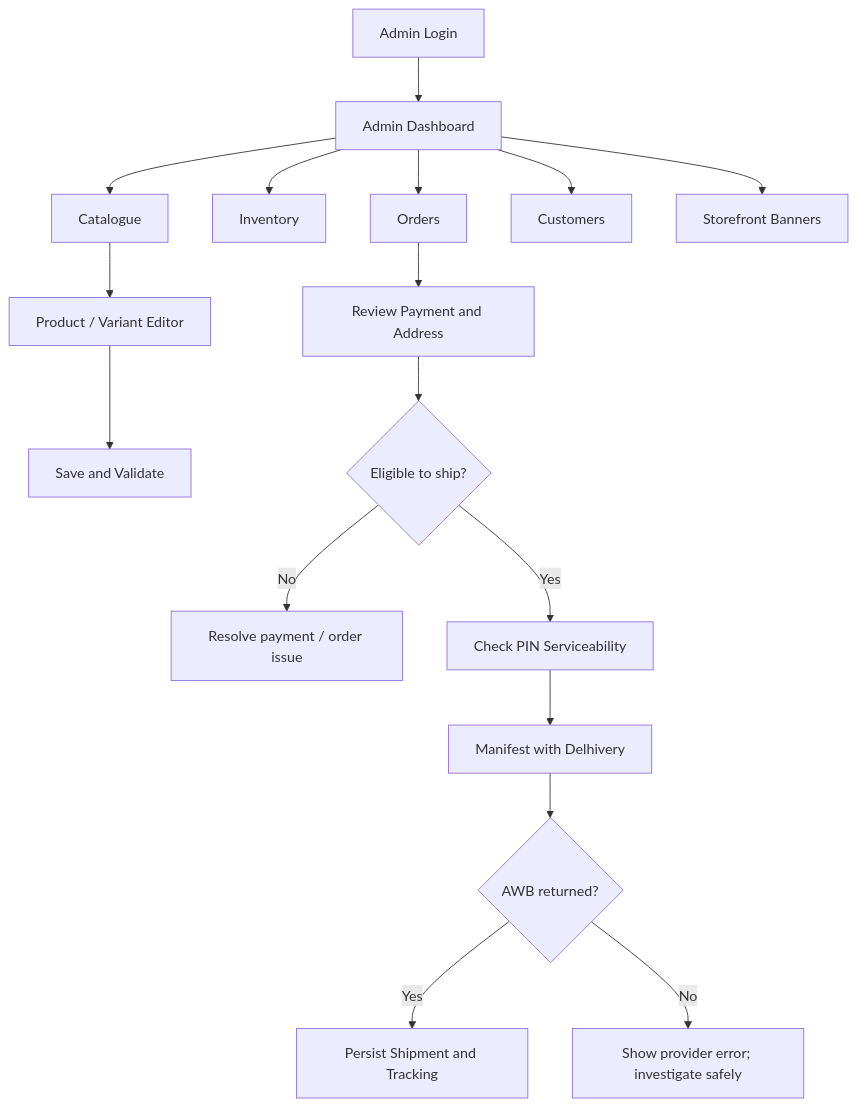
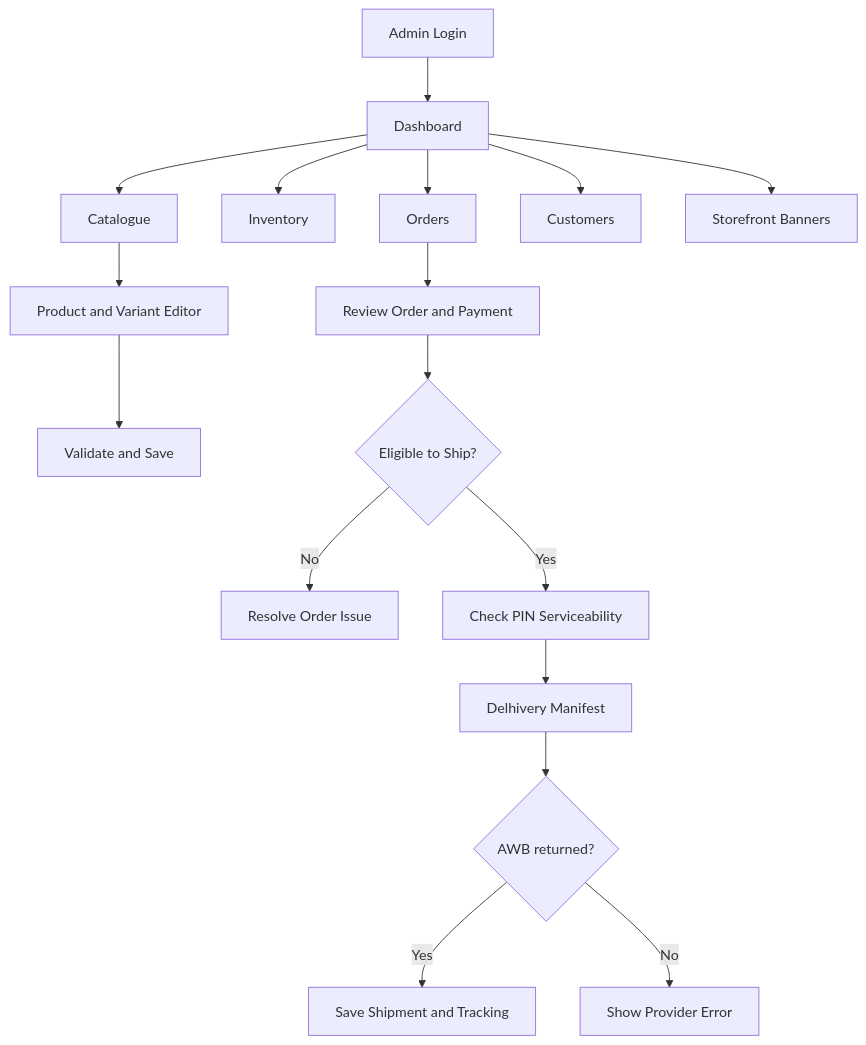
Before and after one commit to jaswanth5021/UbhayaFashions: the second of 3 diagrams in docs/APP_FLOW.md, drawn with Mermaid. The commit also changed other lines of this file, not shown here.

````diff
--- a/docs/APP_FLOW.md
+++ b/docs/APP_FLOW.md
@@ -52,19 +41,19 @@
 ```mermaid
 flowchart TD
-    A[Admin Login] --> B[Admin Dashboard]
-    B --> C[Catalogue]
-    B --> D[Inventory]
-    B --> E[Orders]
-    B --> F[Customers]
-    B --> G[Storefront Banners]
-    C --> H[Product / Variant Editor]
-    H --> I[Save and Validate]
-    E --> J[Review Payment and Address]
-    J --> K{Eligible to ship?}
-    K -- No --> L[Resolve payment / order issue]
-    K -- Yes --> M[Check PIN Serviceability]
-    M --> N[Manifest with Delhivery]
-    N --> O{AWB returned?}
-    O -- Yes --> P[Persist Shipment and Tracking]
-    O -- No --> Q[Show provider error; investigate safely]
+ A[Admin Login] --> B[Dashboard]
+ B --> C[Catalogue]
+ B --> D[Inventory]
+ B --> E[Orders]
+ B --> F[Customers]
+ B --> G[Storefront Banners]
+ C --> H[Product and Variant Editor]
+ H --> I[Validate and Save]
+ E --> J[Review Order and Payment]
+ J --> K{Eligible to Ship?}
+ K -- No --> L[Resolve Order Issue]
+ K -- Yes --> M[Check PIN Serviceability]
+ M --> N[Delhivery Manifest]
+ N --> O{AWB returned?}
+ O -- Yes --> P[Save Shipment and Tracking]
+ O -- No --> Q[Show Provider Error]
 ```
````
